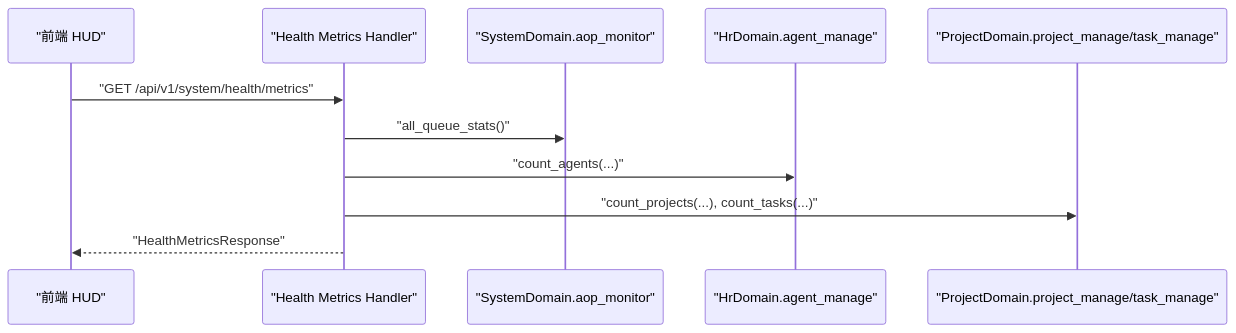
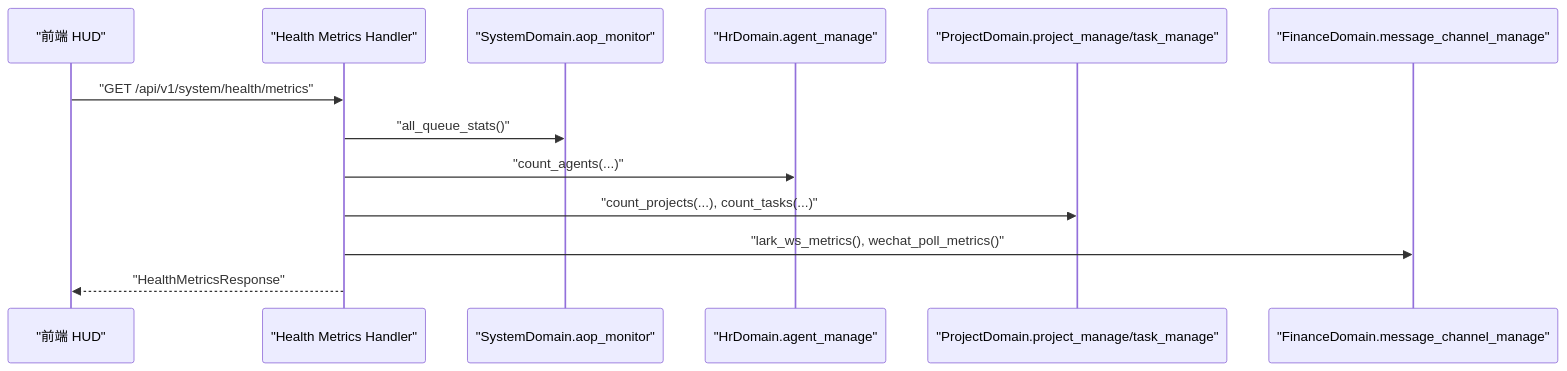
One commit to runningcoders/ai_orz changed the eighth of 10 diagrams in docs/wiki/zh/content/API 参考/RESTful API/系统管理模块 API/系统管理模块 API.md. Above: the diagram before and after it, drawn with Mermaid. The commit also changed other lines of this file and 4 other files, not shown here.

````diff
--- a/docs/wiki/zh/content/API 参考/RESTful API/系统管理模块 API/系统管理模块 API.md
+++ b/docs/wiki/zh/content/API 参考/RESTful API/系统管理模块 API/系统管理模块 API.md
@@ -281,13 +281,15 @@
 ```mermaid
 sequenceDiagram
 participant Client as "前端 HUD"
 participant Handler as "Health Metrics Handler"
 participant SysDom as "SystemDomain.aop_monitor"
 participant Hr as "HrDomain.agent_manage"
 participant Proj as "ProjectDomain.project_manage/task_manage"
+participant Fin as "FinanceDomain.message_channel_manage"
 Client->>Handler : "GET /api/v1/system/health/metrics"
 Handler->>SysDom : "all_queue_stats()"
 Handler->>Hr : "count_agents(...)"
 Handler->>Proj : "count_projects(...), count_tasks(...)"
+Handler->>Fin : "lark_ws_metrics(), wechat_poll_metrics()"
 Handler-->>Client : "HealthMetricsResponse"
 ```
````
